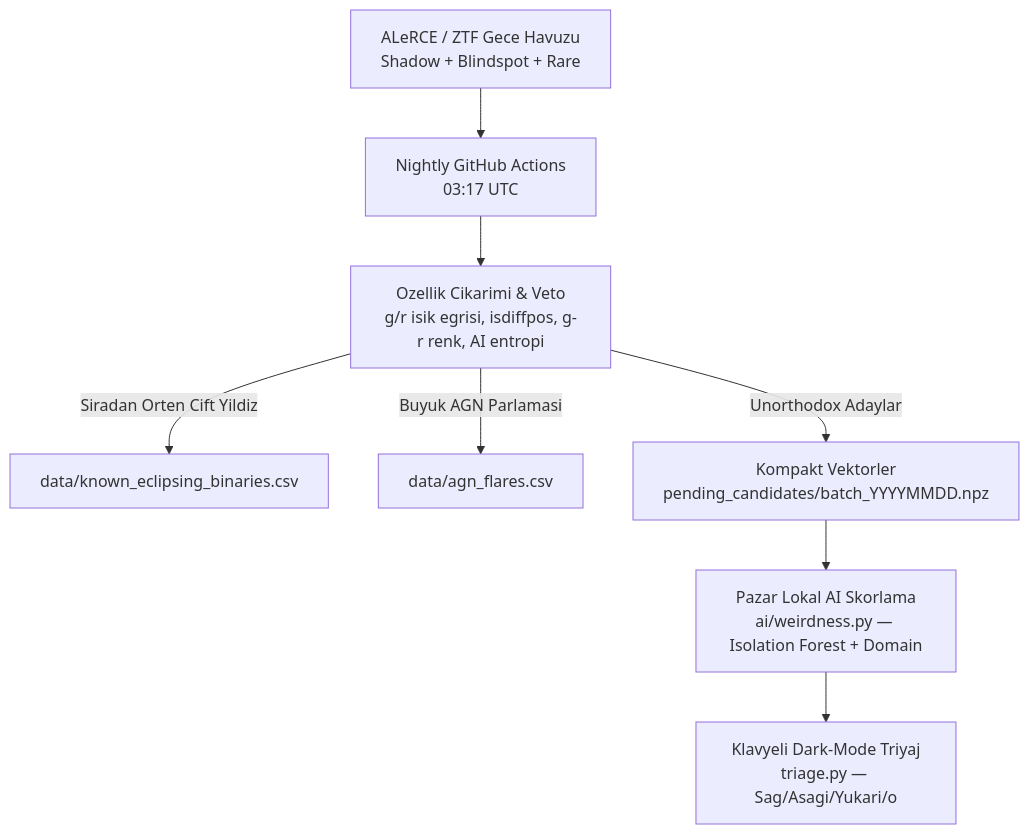
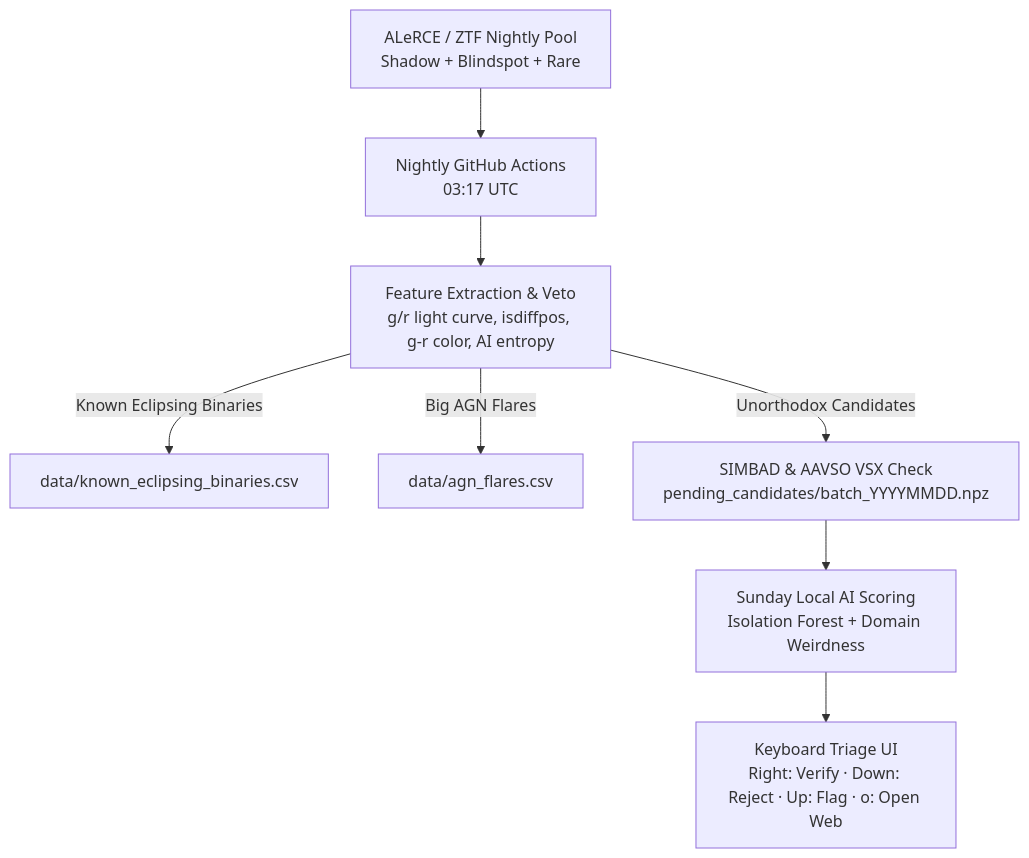
Before and after one commit to CemreMetin/ztf-shadow-hunter: the diagram in README.md, drawn with Mermaid. The commit also changed other lines of this file and 2 other files, not shown here.

Commit message:
docs: add story-driven English README and exclude local draft

````diff
--- a/README.md
+++ b/README.md
@@ -27,10 +29,10 @@
 ```mermaid
 flowchart TD
-    A[ALeRCE / ZTF Gece Havuzu<br/>Shadow + Blindspot + Rare] --> B[Nightly GitHub Actions<br/>03:17 UTC]
-    B --> C[Ozellik Cikarimi & Veto<br/>g/r isik egrisi, isdiffpos, g-r renk, AI entropi]
-    C -->|Siradan Orten Cift Yildiz| D[data/known_eclipsing_binaries.csv]
-    C -->|Buyuk AGN Parlamasi| E[data/agn_flares.csv]
-    C -->|Unorthodox Adaylar| F[Kompakt Vektorler<br/>pending_candidates/batch_YYYYMMDD.npz]
-    F --> G[Pazar Lokal AI Skorlama<br/>ai/weirdness.py — Isolation Forest + Domain]
-    G --> H[Klavyeli Dark-Mode Triyaj<br/>triage.py — Sag/Asagi/Yukari/o]
+    A[ALeRCE / ZTF Nightly Pool<br/>Shadow + Blindspot + Rare] --> B[Nightly GitHub Actions<br/>03:17 UTC]
+    B --> C[Feature Extraction & Veto<br/>g/r light curve, isdiffpos, g-r color, AI entropy]
+    C -->|Known Eclipsing Binaries| D[data/known_eclipsing_binaries.csv]
+    C -->|Big AGN Flares| E[data/agn_flares.csv]
+    C -->|Unorthodox Candidates| F[SIMBAD & AAVSO VSX Check<br/>pending_candidates/batch_YYYYMMDD.npz]
+    F --> G[Sunday Local AI Scoring<br/>Isolation Forest + Domain Weirdness]
+    G --> H[Keyboard Triage UI<br/>Right: Verify · Down: Reject · Up: Flag · o: Open Web]
 ```
````
